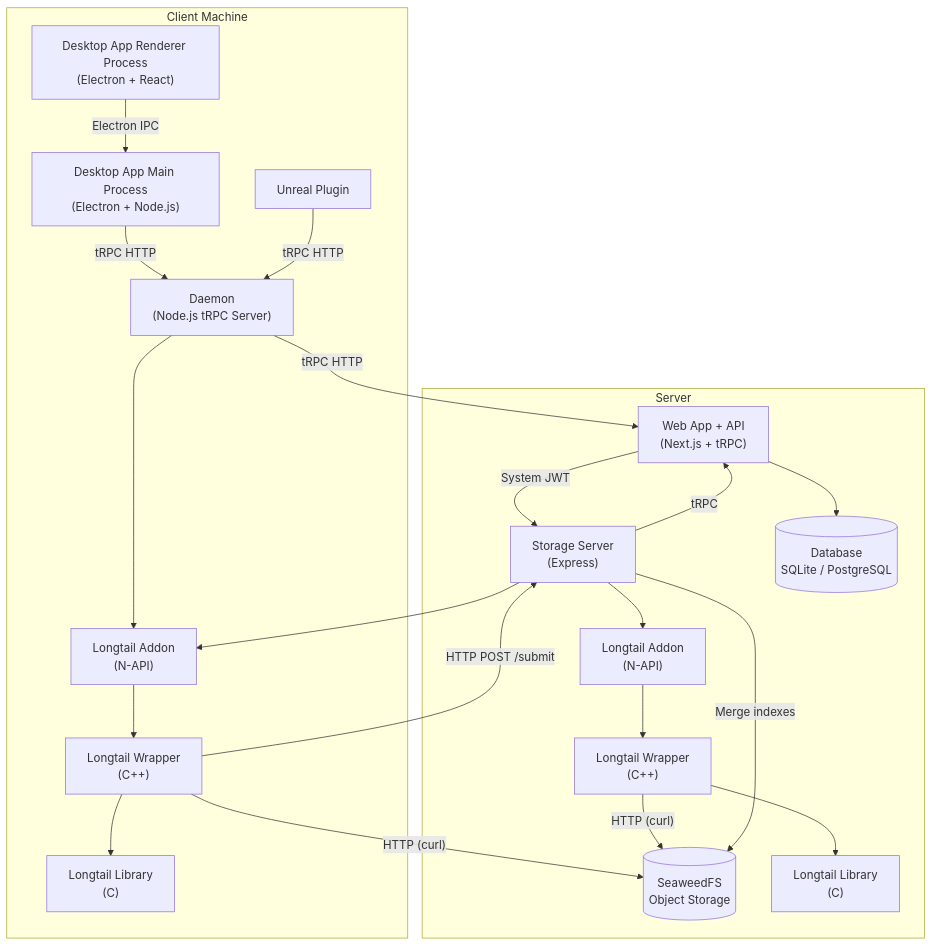
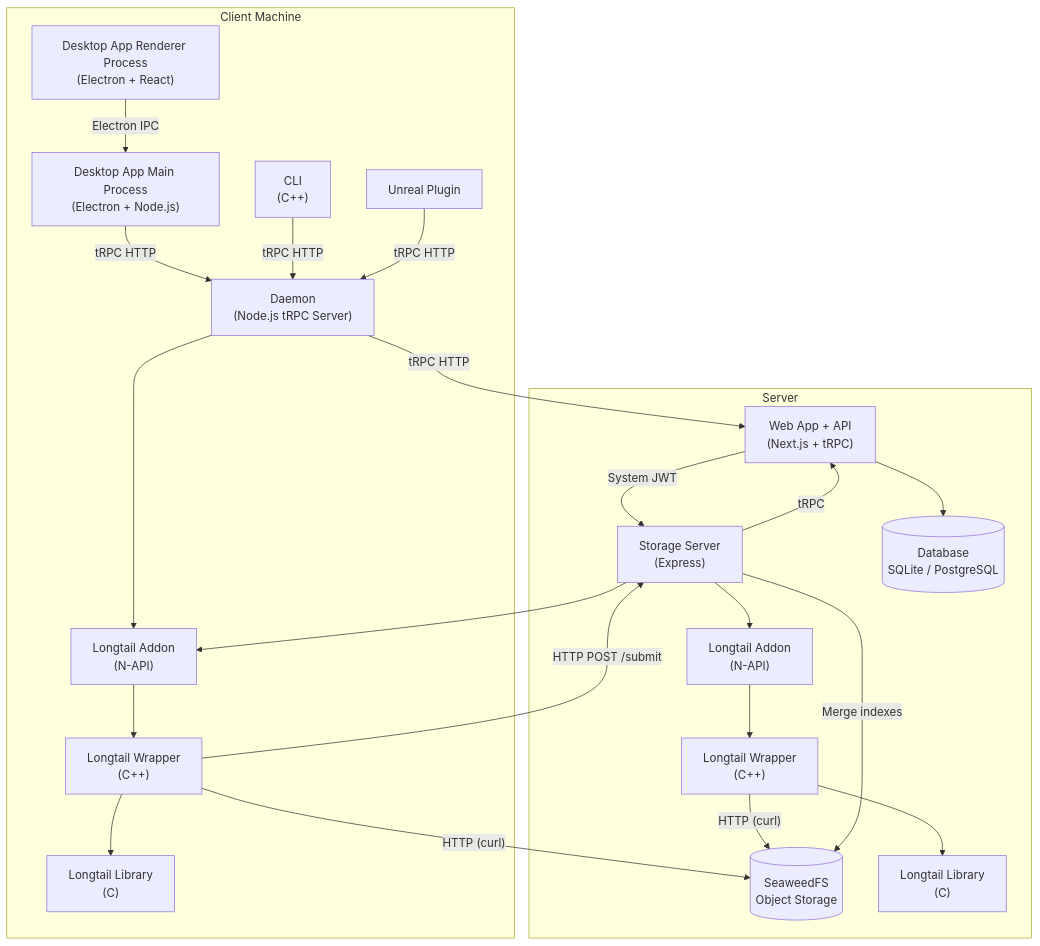
One commit to Incanta/Checkpoint changed the first of 3 diagrams in README.md. Above: the diagram before and after it, drawn with Mermaid. The commit also changed other lines of this file, not shown here.

Commit message:
update the readme for the CLI

````diff
--- a/README.md
+++ b/README.md
@@ -76,41 +106,43 @@
 ```mermaid
 graph TB
     subgraph Client["Client Machine"]
         DesktopRenderer["Desktop App Renderer Process<br/>(Electron + React)"]
         DesktopMain["Desktop App Main Process<br/>(Electron + Node.js)"]
+        CLI["CLI<br/>(C++)"]
         Unreal["Unreal Plugin"]
         Daemon["Daemon<br/>(Node.js tRPC Server)"]
         LongtailAddon["Longtail Addon<br/>(N-API)"]
         LongtailWrapper["Longtail Wrapper<br/>(C++)"]
         LongtailLib["Longtail Library<br/>(C)"]
     end
 
     subgraph Server["Server"]
         WebApp["Web App + API<br/>(Next.js + tRPC)"]
         StorageServer["Storage Server<br/>(Express)"]
         DB[(Database<br/>SQLite / PostgreSQL)]
         SeaweedFS[(SeaweedFS<br/>Object Storage)]
         LongtailAddonServer["Longtail Addon<br/>(N-API)"]
         LongtailWrapperServer["Longtail Wrapper<br/>(C++)"]
         LongtailLibServer["Longtail Library<br/>(C)"]
     end
 
     DesktopRenderer -- "Electron IPC" --> DesktopMain
     DesktopMain -- "tRPC HTTP" --> Daemon
+    CLI -- "tRPC HTTP" --> Daemon
     Unreal -- "tRPC HTTP" --> Daemon
     Daemon -- "tRPC HTTP" --> WebApp
     Daemon --> LongtailAddon
     LongtailAddon --> LongtailWrapper
     LongtailWrapper --> LongtailLib
     LongtailWrapper -- "HTTP (curl)" --> SeaweedFS
     LongtailWrapper -- "HTTP POST /submit" --> StorageServer
     LongtailAddonServer --> LongtailWrapperServer
     LongtailWrapperServer --> LongtailLibServer
     LongtailWrapperServer -- "HTTP (curl)" --> SeaweedFS
     StorageServer --> LongtailAddon
     StorageServer --> LongtailAddonServer
     StorageServer -- "Merge indexes" --> SeaweedFS
     StorageServer -- "tRPC" --> WebApp
     WebApp --> DB
     WebApp -- "System JWT" --> StorageServer
 ```
````
